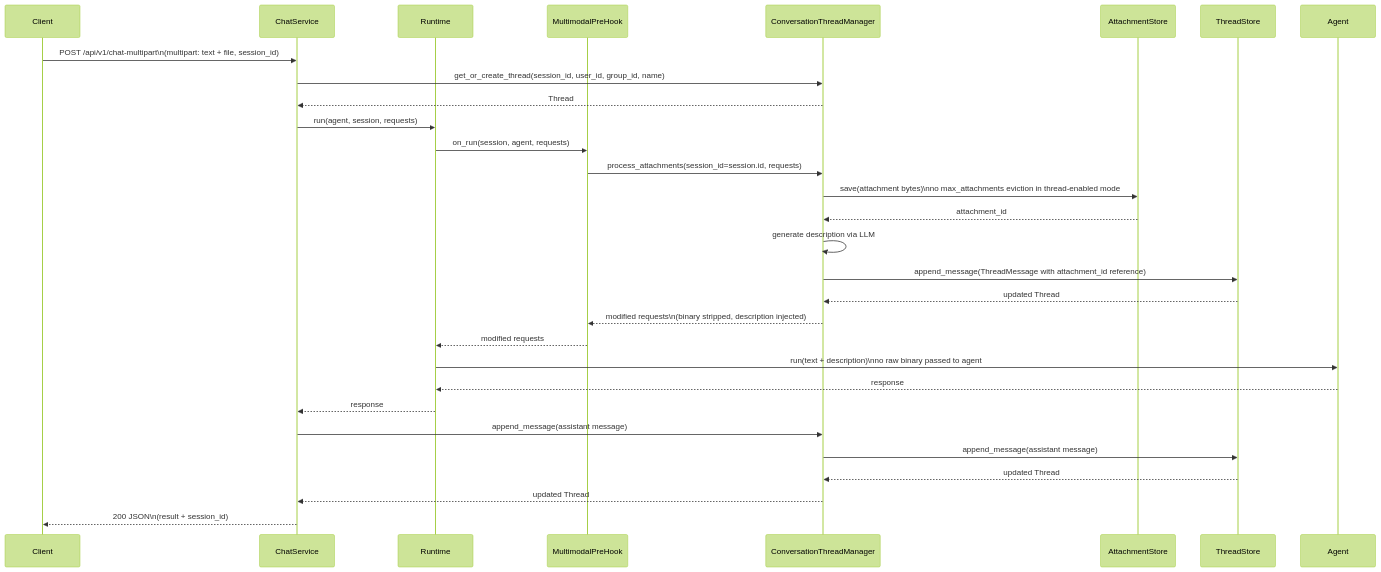
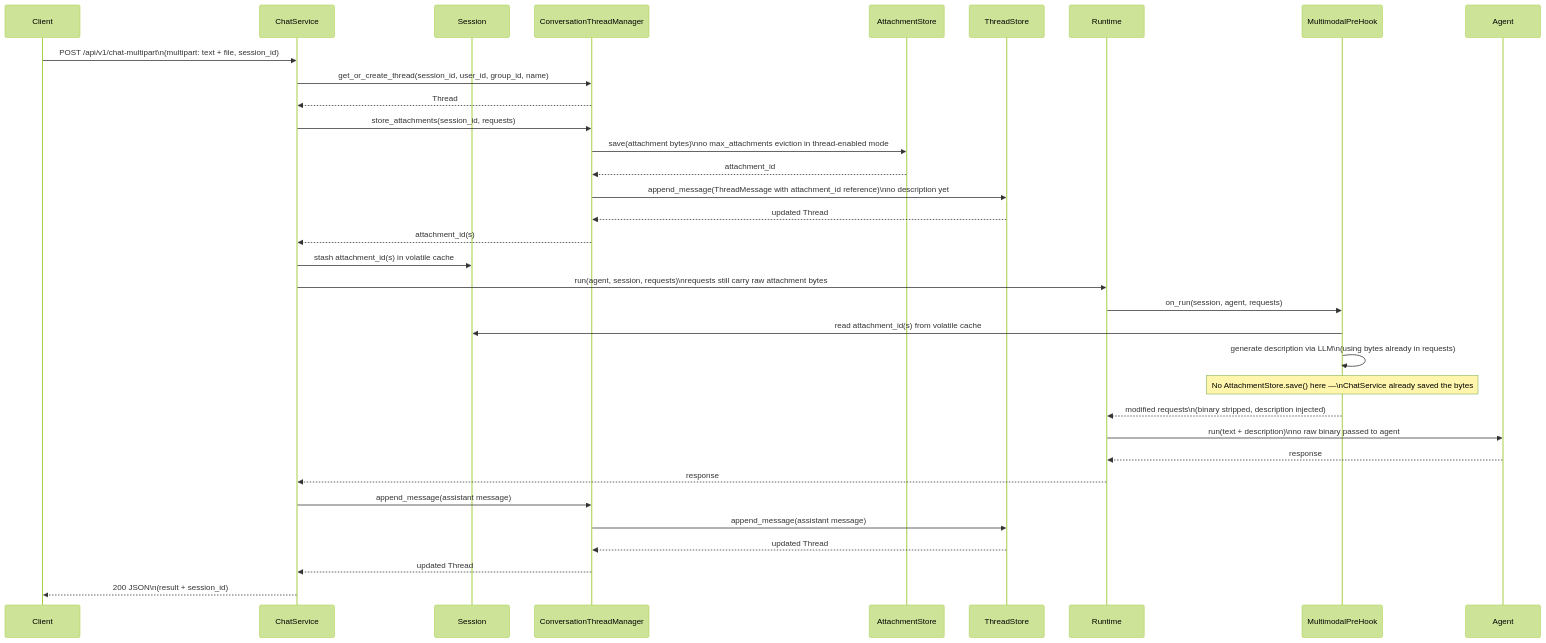
The second of 3 diagrams in docs/specs/conversation-thread-support.md (yaalalabs/agent-kernel), drawn with Mermaid (forest theme) before and after one commit. The commit also changed other lines of this file, not shown here.

Commit message:
Update points of attachment saves in thread enabled and disabled

````diff
--- a/docs/specs/conversation-thread-support.md
+++ b/docs/specs/conversation-thread-support.md
@@ -173,33 +178,37 @@
 ```mermaid
 sequenceDiagram
     participant Client
     participant ChatService
-    participant Runtime
-    participant MultimodalPreHook
+    participant Session
     participant ConversationThreadManager
     participant AttachmentStore
     participant ThreadStore
+    participant Runtime
+    participant MultimodalPreHook
     participant Agent
 
     Client->>ChatService: POST /api/v1/chat-multipart\n(multipart: text + file, session_id)
     ChatService->>ConversationThreadManager: get_or_create_thread(session_id, user_id, group_id, name)
     ConversationThreadManager-->>ChatService: Thread
-    ChatService->>Runtime: run(agent, session, requests)
-    Runtime->>MultimodalPreHook: on_run(session, agent, requests)
-    MultimodalPreHook->>ConversationThreadManager: process_attachments(session_id=session.id, requests)
+    ChatService->>ConversationThreadManager: store_attachments(session_id, requests)
     ConversationThreadManager->>AttachmentStore: save(attachment bytes)\nno max_attachments eviction in thread-enabled mode
     AttachmentStore-->>ConversationThreadManager: attachment_id
-    ConversationThreadManager->>ConversationThreadManager: generate description via LLM
-    ConversationThreadManager->>ThreadStore: append_message(ThreadMessage with attachment_id reference)
+    ConversationThreadManager->>ThreadStore: append_message(ThreadMessage with attachment_id reference)\nno description yet
     ThreadStore-->>ConversationThreadManager: updated Thread
-    ConversationThreadManager-->>MultimodalPreHook: modified requests\n(binary stripped, description injected)
-    MultimodalPreHook-->>Runtime: modified requests
+    ConversationThreadManager-->>ChatService: attachment_id(s)
+    ChatService->>Session: stash attachment_id(s) in volatile cache
+    ChatService->>Runtime: run(agent, session, requests)\nrequests still carry raw attachment bytes
+    Runtime->>MultimodalPreHook: on_run(session, agent, requests)
+    MultimodalPreHook->>Session: read attachment_id(s) from volatile cache
+    MultimodalPreHook->>MultimodalPreHook: generate description via LLM\n(using bytes already in requests)
+    Note over MultimodalPreHook: No AttachmentStore.save() here —\nChatService already saved the bytes
+    MultimodalPreHook-->>Runtime: modified requests\n(binary stripped, description injected)
     Runtime->>Agent: run(text + description)\nno raw binary passed to agent
     Agent-->>Runtime: response
     Runtime-->>ChatService: response
     ChatService->>ConversationThreadManager: append_message(assistant message)
     ConversationThreadManager->>ThreadStore: append_message(assistant message)
     ThreadStore-->>ConversationThreadManager: updated Thread
     ConversationThreadManager-->>ChatService: updated Thread
     ChatService-->>Client: 200 JSON\n(result + session_id)
 ```
````
